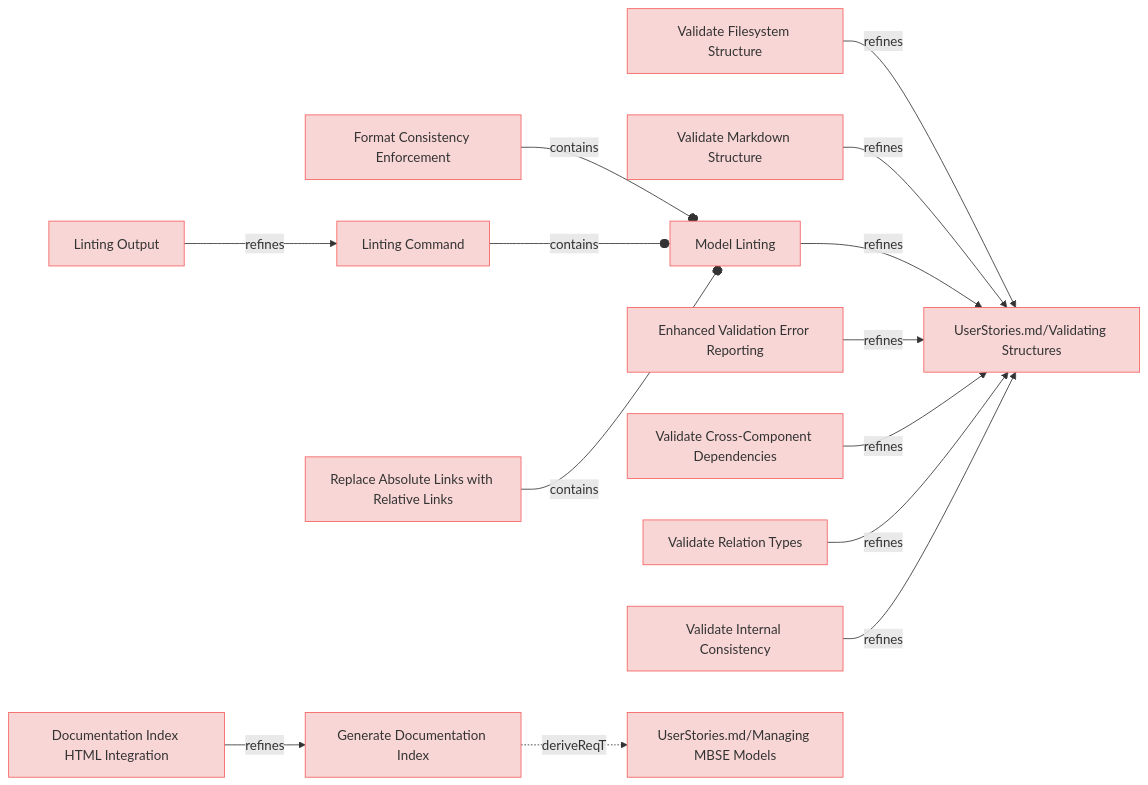
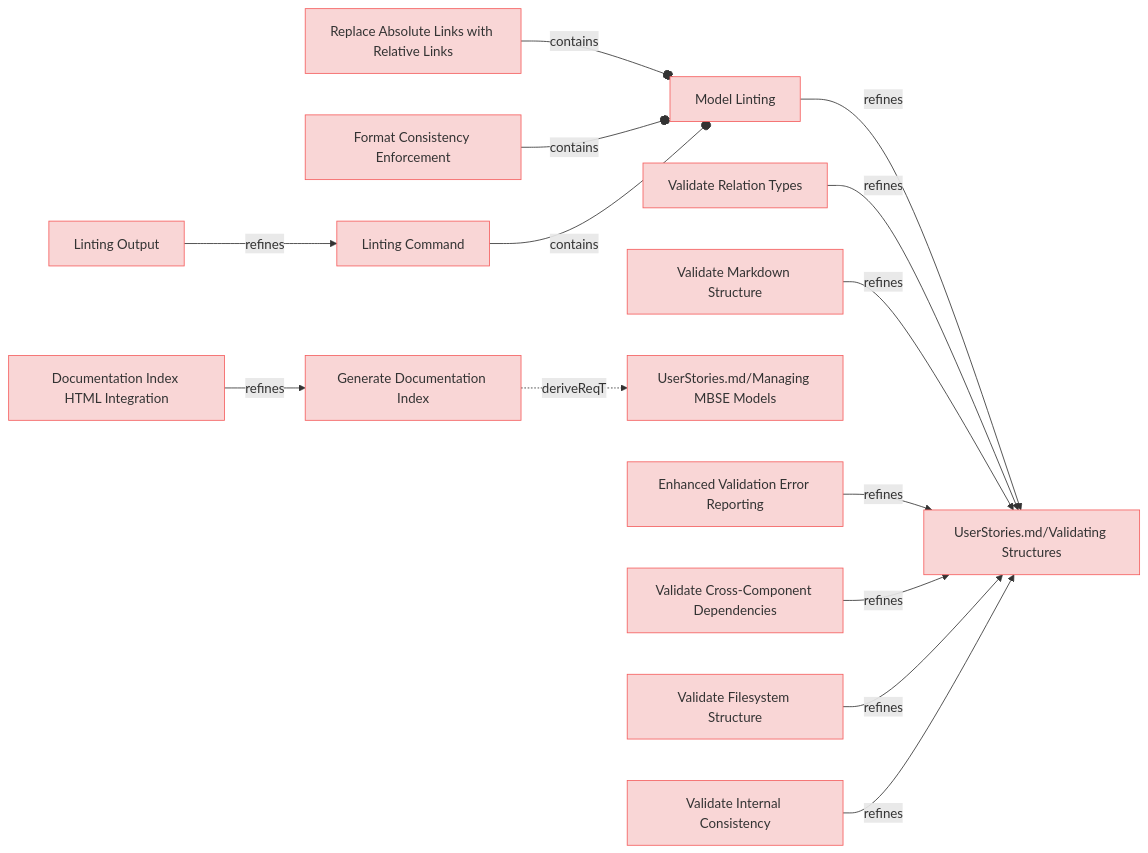
One commit to reqvire-org/reqvire changed the third of 9 diagrams in specifications/UserRequirements.md. Above: the diagram before and after it, drawn with Mermaid. The commit also changed other lines of this file and 14 other files, not shown here.

Commit message:
Diagrams updated.

````diff
--- a/specifications/UserRequirements.md
+++ b/specifications/UserRequirements.md
@@ -87,67 +87,67 @@
 ```mermaid
 graph LR;
   %% Graph styling
   classDef requirement fill:#f9d6d6,stroke:#f55f5f,stroke-width:1px;
   classDef verification fill:#d6f9d6,stroke:#5fd75f,stroke-width:1px;
   classDef externalLink fill:#d0e0ff,stroke:#3080ff,stroke-width:1px;
   classDef default fill:#f5f5f5,stroke:#333333,stroke-width:1px;
 
-  5c482dc763b4133a["Validate Filesystem Structure"];
-  class 5c482dc763b4133a requirement;
-  click 5c482dc763b4133a "UserRequirements.md#validate-filesystem-structure";
-  113748a94885138d["UserStories.md/Validating Structures"];
-  class 113748a94885138d requirement;
-  click 113748a94885138d "UserStories.md#validating-structures";
-  5c482dc763b4133a -->|refines| 113748a94885138d;
-  586b073cd97908da["Validate Markdown Structure"];
-  class 586b073cd97908da requirement;
-  click 586b073cd97908da "UserRequirements.md#validate-markdown-structure";
-  586b073cd97908da -->|refines| 113748a94885138d;
+  8dfe33c28555e80a["Replace Absolute Links with Relative Links"];
+  class 8dfe33c28555e80a requirement;
+  click 8dfe33c28555e80a "UserRequirements.md#replace-absolute-links-with-relative-links";
+  7305c1d6f7f1e2b2["Model Linting"];
+  class 7305c1d6f7f1e2b2 requirement;
+  click 7305c1d6f7f1e2b2 "UserRequirements.md#model-linting";
+  8dfe33c28555e80a --o|contains| 7305c1d6f7f1e2b2;
+  84b3d0502132adb5["Documentation Index HTML Integration"];
+  class 84b3d0502132adb5 requirement;
+  click 84b3d0502132adb5 "UserRequirements.md#documentation-index-html-integration";
+  c2b6c74b77726ad9["Generate Documentation Index"];
+  class c2b6c74b77726ad9 requirement;
+  click c2b6c74b77726ad9 "UserRequirements.md#generate-documentation-index";
+  84b3d0502132adb5 -->|refines| c2b6c74b77726ad9;
   26fdf88d16b09109["Linting Output"];
   class 26fdf88d16b09109 requirement;
   click 26fdf88d16b09109 "UserRequirements.md#linting-output";
   a51179cda67cf9f2["Linting Command"];
   class a51179cda67cf9f2 requirement;
   click a51179cda67cf9f2 "UserRequirements.md#linting-command";
   26fdf88d16b09109 -->|refines| a51179cda67cf9f2;
-  7305c1d6f7f1e2b2["Model Linting"];
-  class 7305c1d6f7f1e2b2 requirement;
-  click 7305c1d6f7f1e2b2 "UserRequirements.md#model-linting";
+  113748a94885138d["UserStories.md/Validating Structures"];
+  class 113748a94885138d requirement;
+  click 113748a94885138d "UserStories.md#validating-structures";
   7305c1d6f7f1e2b2 -->|refines| 113748a94885138d;
+  f25cbfbca6d6d92e["Validate Relation Types"];
+  class f25cbfbca6d6d92e requirement;
+  click f25cbfbca6d6d92e "UserRequirements.md#validate-relation-types";
+  f25cbfbca6d6d92e -->|refines| 113748a94885138d;
+  586b073cd97908da["Validate Markdown Structure"];
+  class 586b073cd97908da requirement;
+  click 586b073cd97908da "UserRequirements.md#validate-markdown-structure";
+  586b073cd97908da -->|refines| 113748a94885138d;
+  e61b7c1baa89bfc6["UserStories.md/Managing MBSE Models"];
+  class e61b7c1baa89bfc6 requirement;
+  click e61b7c1baa89bfc6 "UserStories.md#managing-mbse-models";
+  c2b6c74b77726ad9 -.->|deriveReqT| e61b7c1baa89bfc6;
+  974ccf933675ef44["Format Consistency Enforcement"];
+  class 974ccf933675ef44 requirement;
+  click 974ccf933675ef44 "UserRequirements.md#format-consistency-enforcement";
+  974ccf933675ef44 --o|contains| 7305c1d6f7f1e2b2;
   3b10b8811daaed67["Enhanced Validation Error Reporting"];
   class 3b10b8811daaed67 requirement;
   click 3b10b8811daaed67 "UserRequirements.md#enhanced-validation-error-reporting";
   3b10b8811daaed67 -->|refines| 113748a94885138d;
-  974ccf933675ef44["Format Consistency Enforcement"];
-  class 974ccf933675ef44 requirement;
-  click 974ccf933675ef44 "UserRequirements.md#format-consistency-enforcement";
-  974ccf933675ef44 --o|contains| 7305c1d6f7f1e2b2;
   3bd9d29239564eeb["Validate Cross-Component Dependencies"];
   class 3bd9d29239564eeb requirement;
   click 3bd9d29239564eeb "UserRequirements.md#validate-cross-component-dependencies";
   3bd9d29239564eeb -->|refines| 113748a94885138d;
   a51179cda67cf9f2 --o|contains| 7305c1d6f7f1e2b2;
-  f25cbfbca6d6d92e["Validate Relation Types"];
-  class f25cbfbca6d6d92e requirement;
-  click f25cbfbca6d6d92e "UserRequirements.md#validate-relation-types";
-  f25cbfbca6d6d92e -->|refines| 113748a94885138d;
+  5c482dc763b4133a["Validate Filesystem Structure"];
+  class 5c482dc763b4133a requirement;
+  click 5c482dc763b4133a "UserRequirements.md#validate-filesystem-structure";
+  5c482dc763b4133a -->|refines| 113748a94885138d;
   c50887ce89be280a["Validate Internal Consistency"];
   class c50887ce89be280a requirement;
   click c50887ce89be280a "UserRequirements.md#validate-internal-consistency";
   c50887ce89be280a -->|refines| 113748a94885138d;
-  84b3d0502132adb5["Documentation Index HTML Integration"];
-  class 84b3d0502132adb5 requirement;
-  click 84b3d0502132adb5 "UserRequirements.md#documentation-index-html-integration";
-  c2b6c74b77726ad9["Generate Documentation Index"];
-  class c2b6c74b77726ad9 requirement;
-  click c2b6c74b77726ad9 "UserRequirements.md#generate-documentation-index";
-  84b3d0502132adb5 -->|refines| c2b6c74b77726ad9;
-  e61b7c1baa89bfc6["UserStories.md/Managing MBSE Models"];
-  class e61b7c1baa89bfc6 requirement;
-  click e61b7c1baa89bfc6 "UserStories.md#managing-mbse-models";
-  c2b6c74b77726ad9 -.->|deriveReqT| e61b7c1baa89bfc6;
-  8dfe33c28555e80a["Replace Absolute Links with Relative Links"];
-  class 8dfe33c28555e80a requirement;
-  click 8dfe33c28555e80a "UserRequirements.md#replace-absolute-links-with-relative-links";
-  8dfe33c28555e80a --o|contains| 7305c1d6f7f1e2b2;
 ```
````
